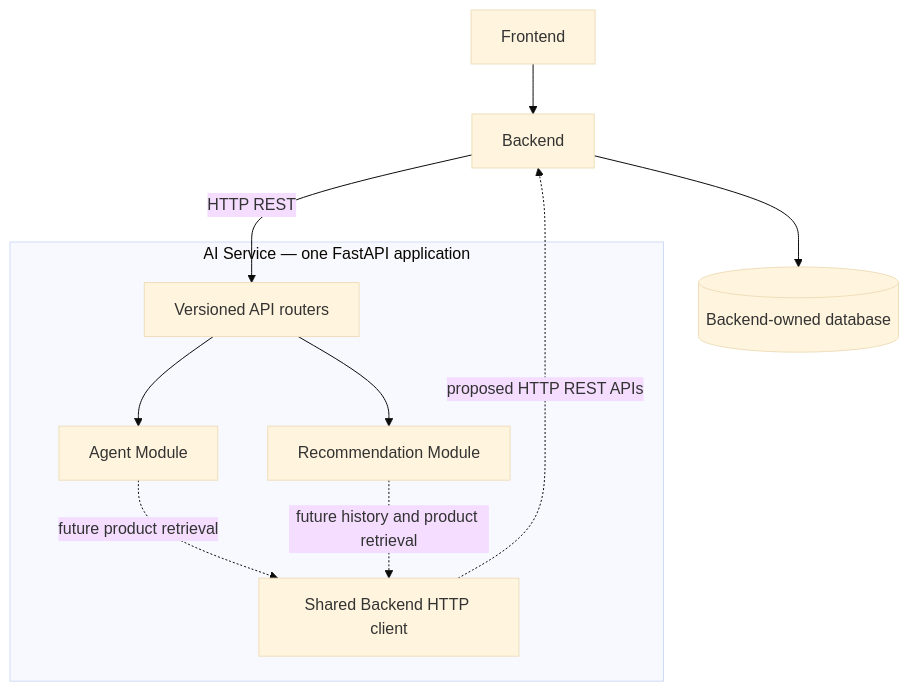
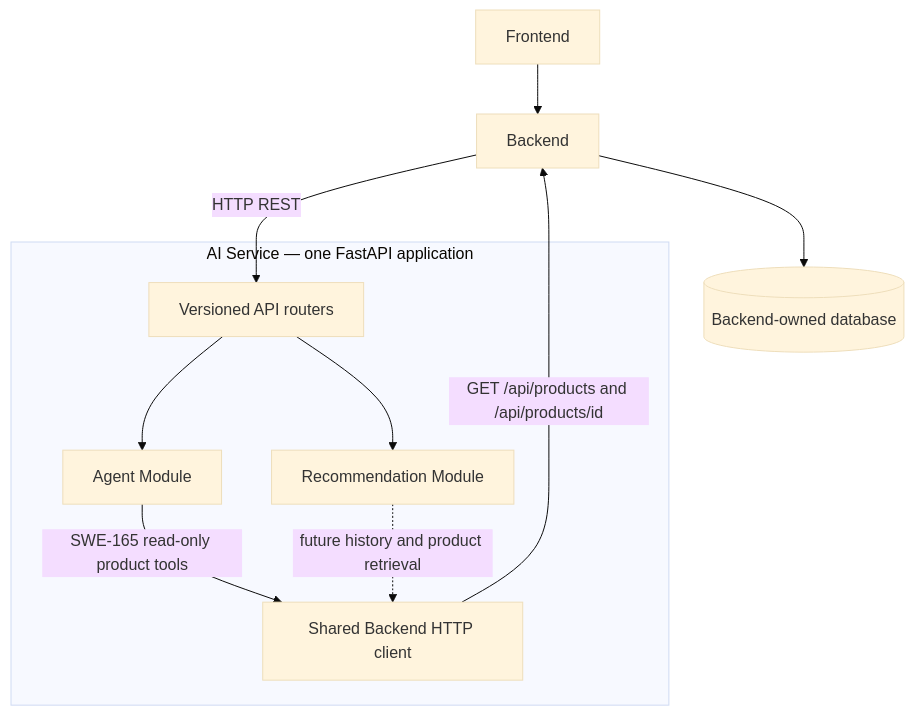
One commit to Adiff-git/AI-SWE changed the diagram in docs/architecture.md. Above: the diagram before and after it, drawn with Mermaid (base theme). The commit also changed other lines of this file and 10 other files, not shown here.

````diff
--- a/docs/architecture.md
+++ b/docs/architecture.md
@@ -10,14 +10,14 @@
 ```mermaid
 flowchart TD
     Frontend --> Backend
     Backend -->|HTTP REST| API
     subgraph AI[AI Service — one FastAPI application]
         API[Versioned API routers]
         API --> Recommendation[Recommendation Module]
         API --> Agent[Agent Module]
-        Agent -. future product retrieval .-> Client[Shared Backend HTTP client]
+        Agent -->|SWE-165 read-only product tools| Client[Shared Backend HTTP client]
         Recommendation -. future history and product retrieval .-> Client
     end
-    Client -. proposed HTTP REST APIs .-> Backend
+    Client -->|GET /api/products and /api/products/id| Backend
     Backend --> DB[(Backend-owned database)]
 ```
````
